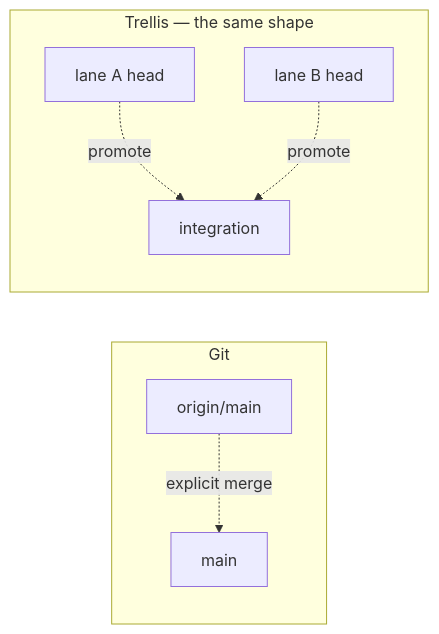
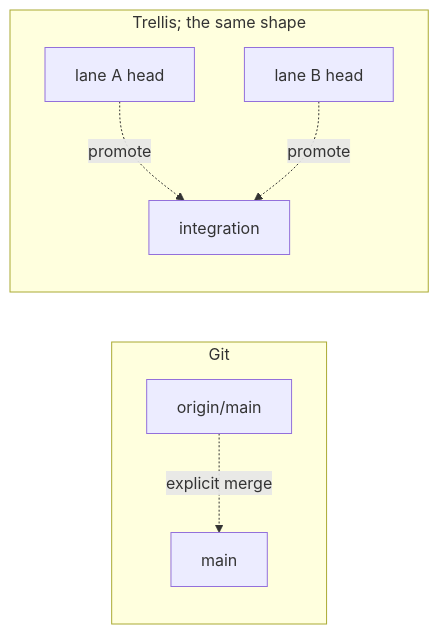
One commit to trentbrew/trellis changed the fifth of 10 diagrams in docs/planning/spec-v1.1-refs-and-authz.md. Above: the diagram before and after it, drawn with Mermaid. The commit also changed other lines of this file and 218 other files, not shown here.

````diff
--- a/docs/planning/spec-v1.1-refs-and-authz.md
+++ b/docs/planning/spec-v1.1-refs-and-authz.md
@@ -150,16 +150,16 @@
 ```mermaid
 flowchart LR
     subgraph git["Git"]
         GM["main"]
         GO["origin/main"]
         GO -.->|"explicit merge"| GM
     end
 
-    subgraph trellis["Trellis — the same shape"]
+    subgraph trellis["Trellis; the same shape"]
         L1["lane A head"]
         L2["lane B head"]
         INT["integration"]
         L1 -.->|"promote"| INT
         L2 -.->|"promote"| INT
     end
 ```
````
